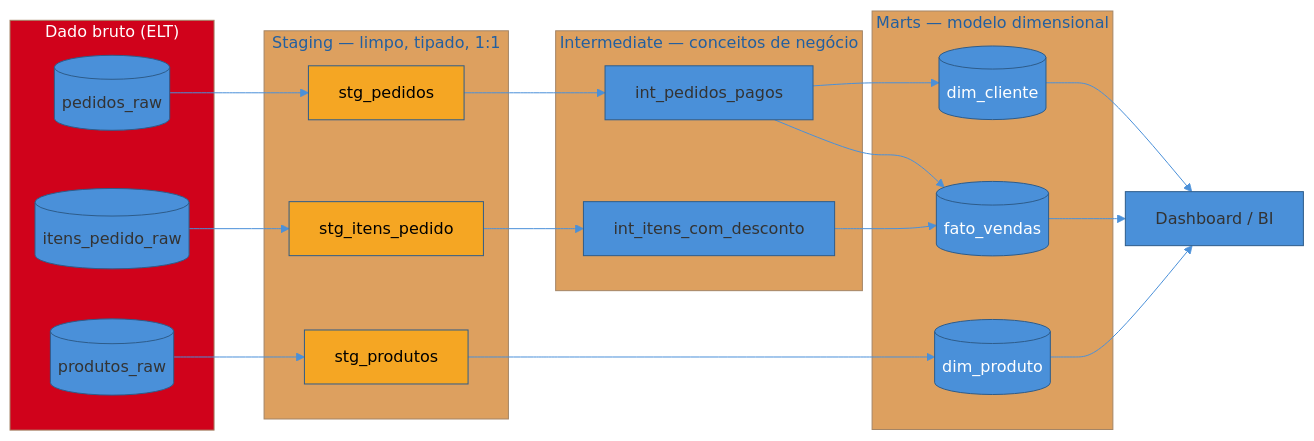
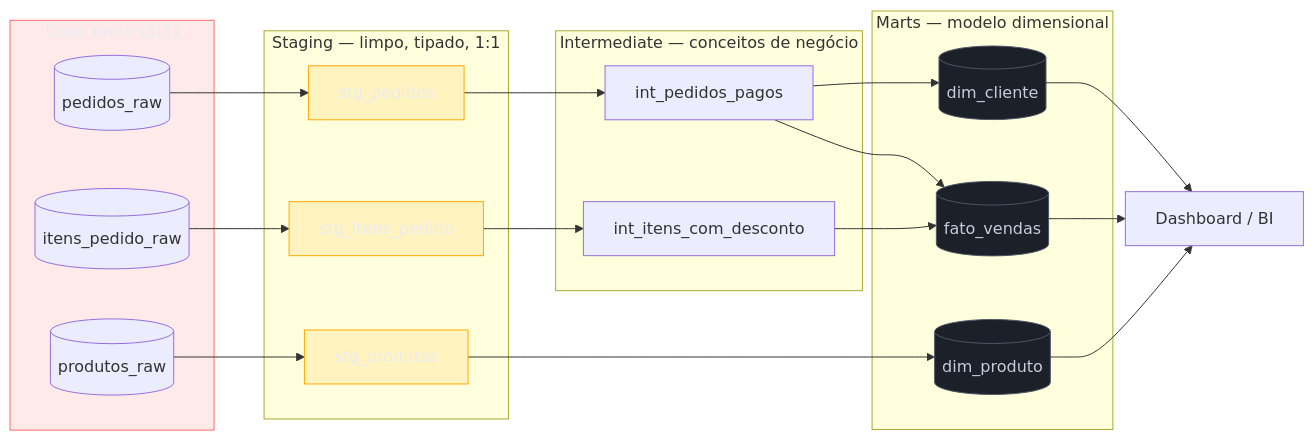
One commit to josenaldo/codex-technomanticus changed the first of 2 diagrams in 03-Dominios/Engenharia/Dados/3 - Pipelines - movimentação e transformação/03 - Transformação SQL-first.md. Above: the diagram before and after it, drawn with Mermaid. The commit also changed other lines of this file and 1181 other files, not shown here.

First line of the commit message:
fix(diagramas): paleta do sistema no lugar de cor cravada no markdown

````diff
--- a/03-Dominios/Engenharia/Dados/3 - Pipelines - movimentação e transformação/03 - Transformação SQL-first.md
+++ b/03-Dominios/Engenharia/Dados/3 - Pipelines - movimentação e transformação/03 - Transformação SQL-first.md
@@ -90,47 +90,49 @@
 ```mermaid
-%%{init: {"theme": "base", "themeVariables": {"primaryColor": "#4A90D9", "primaryBorderColor": "#2E5C8A", "lineColor": "#4A90D9"}}}%%
 graph LR
+    classDef falha fill:#FF6B6B24,stroke:#FF6B6B,color:#E9ECF2
+    classDef destaque fill:#FFAA0024,stroke:#FFAA00,color:#E9ECF2
+    classDef neutro fill:#1B2029,stroke:#4E5666,color:#C6CCD8
     subgraph Raw["Dado bruto (ELT)"]
         R1[("pedidos_raw")]
         R2[("itens_pedido_raw")]
         R3[("produtos_raw")]
     end
 
     subgraph Staging["Staging — limpo, tipado, 1:1"]
         S1["stg_pedidos"]
         S2["stg_itens_pedido"]
         S3["stg_produtos"]
     end
 
     subgraph Intermediate["Intermediate — conceitos de negócio"]
         I1["int_pedidos_pagos"]
         I2["int_itens_com_desconto"]
     end
 
     subgraph Marts["Marts — modelo dimensional"]
         M1[("fato_vendas")]
         M2[("dim_produto")]
         M3[("dim_cliente")]
     end
 
     R1 --> S1
     R2 --> S2
     R3 --> S3
     S1 --> I1
     S2 --> I2
     I1 --> M1
     I2 --> M1
     S3 --> M2
     I1 --> M3
     M1 --> BI["Dashboard / BI"]
     M2 --> BI
     M3 --> BI
 
-    style Raw fill:#D0021B,color:#fff
-    style S1 fill:#F5A623,color:#000
-    style S2 fill:#F5A623,color:#000
-    style S3 fill:#F5A623,color:#000
-    style M1 fill:#4A90D9,color:#fff
-    style M2 fill:#4A90D9,color:#fff
-    style M3 fill:#4A90D9,color:#fff
+    class Raw falha
+    class S1 destaque
+    class S2 destaque
+    class S3 destaque
+    class M1 neutro
+    class M2 neutro
+    class M3 neutro
 ```
````
